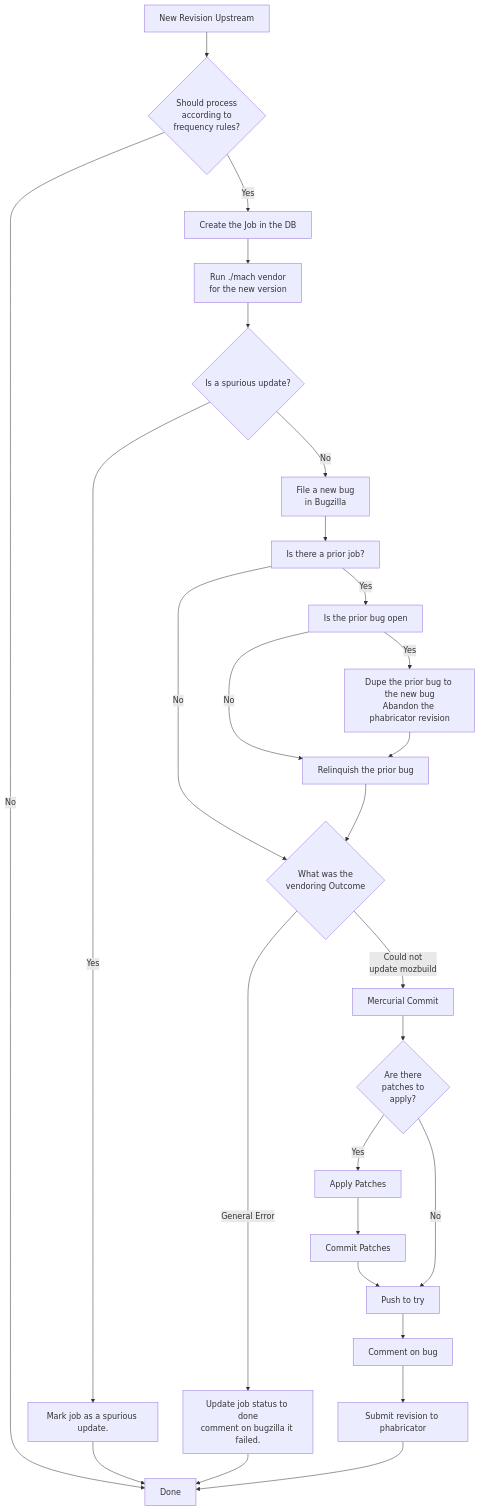
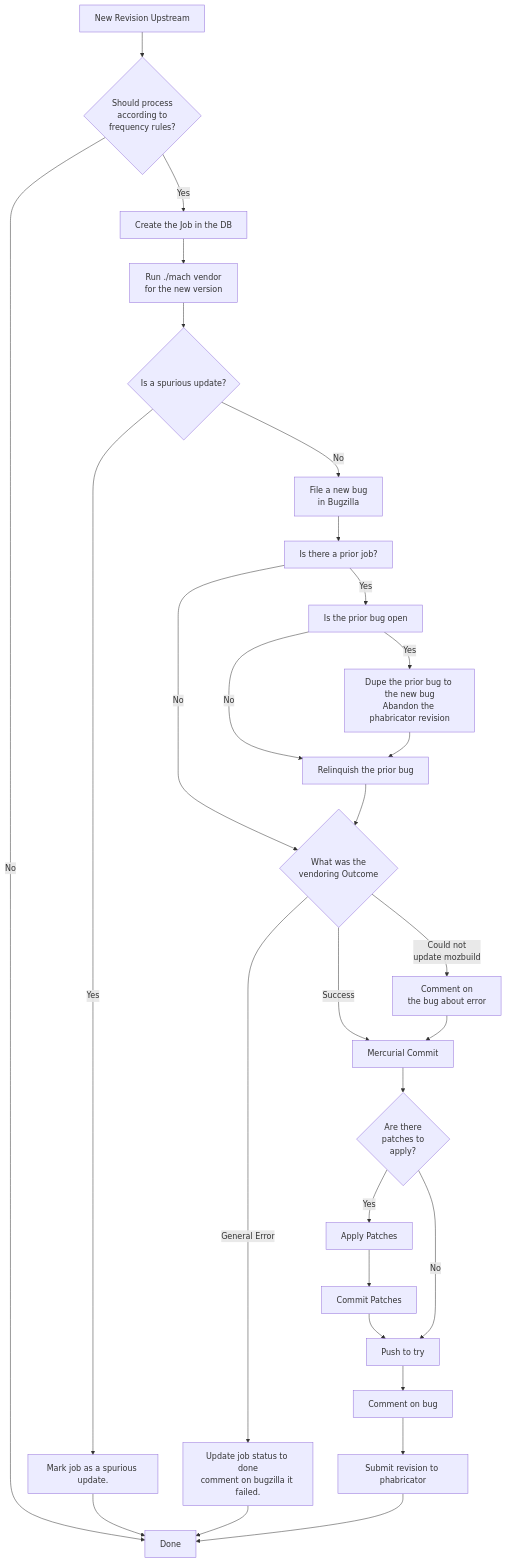
One commit to mozilla-services/updatebot changed the diagram in docs/new_job.md. Above: the diagram before and after it, drawn with Mermaid.

Commit message:
The new-job flow missed some behaviors for vendoring outcomes.

````diff
--- a/docs/new_job.md
+++ b/docs/new_job.md
@@ -1,58 +1,61 @@
 ```mermaid
 graph TD
     Done[Done]
 
     A[New Revision Upstream]
     A --> FrequencyCheck
     
     FrequencyCheck{Should process <br />according to <br/>frequency rules?}
     FrequencyCheck -->|Yes| CreateJob
     FrequencyCheck -->|No| Done
 
     CreateJob[Create the Job in the DB]
     CreateJob --> VendorTheNewVersion
 
     VendorTheNewVersion[Run ./mach vendor <br/>for the new version]
     VendorTheNewVersion --> SpuriousCheck
     
     SpuriousCheck{Is a spurious update?}
     SpuriousCheck -->|No| FileBug
     SpuriousCheck -->|Yes| X1[Mark job as a spurious update.] --> Done
 
     FileBug[File a new bug<br />in Bugzilla]
     FileBug --> PriorBug
 
     PriorBug[Is there a prior job?]
     PriorBug -->|Yes| IsPriorBugOpen
     PriorBug --> |No| HandleVendoringOutcomes
 
     IsPriorBugOpen[Is the prior bug open] 
     IsPriorBugOpen --> |Yes| HandleOpenPriorBug
     IsPriorBugOpen --> |No| RelinquishPriorBug
 
     RelinquishPriorBug[Relinquish the prior bug]
 
     HandleOpenPriorBug[Dupe the prior bug to the new bug<br />Abandon the phabricator revision]
     HandleOpenPriorBug --> RelinquishPriorBug
 
     RelinquishPriorBug --> HandleVendoringOutcomes
 
     HandleVendoringOutcomes{What was the<br />vendoring Outcome}
     HandleVendoringOutcomes --> |General Error| X2[Update job status to done<br />comment on bugzilla it failed.] --> Done
-    HandleVendoringOutcomes --> |Could not <br />update mozbuild| Commit
+    HandleVendoringOutcomes --> |Could not <br />update mozbuild| CommentMozBuild
+    HandleVendoringOutcomes --> |Success| Commit
+
+    CommentMozBuild[Comment on<br />the bug about error] --> Commit
 
     Commit[Mercurial Commit] -->HasPatches
 
     HasPatches{Are there <br />patches to <br />apply?}
     HasPatches --> |Yes| ApplyPatches[Apply Patches] --> CommitPatches[Commit Patches] --> PushToTry
     HasPatches --> |No| PushToTry
 
     PushToTry[Push to try]
     PushToTry --> CommentOnBug
 
     CommentOnBug[Comment on bug]
     CommentOnBug --> SubmitPhab
 
     SubmitPhab[Submit revision to phabricator]
     SubmitPhab --> Done
 ```
````
